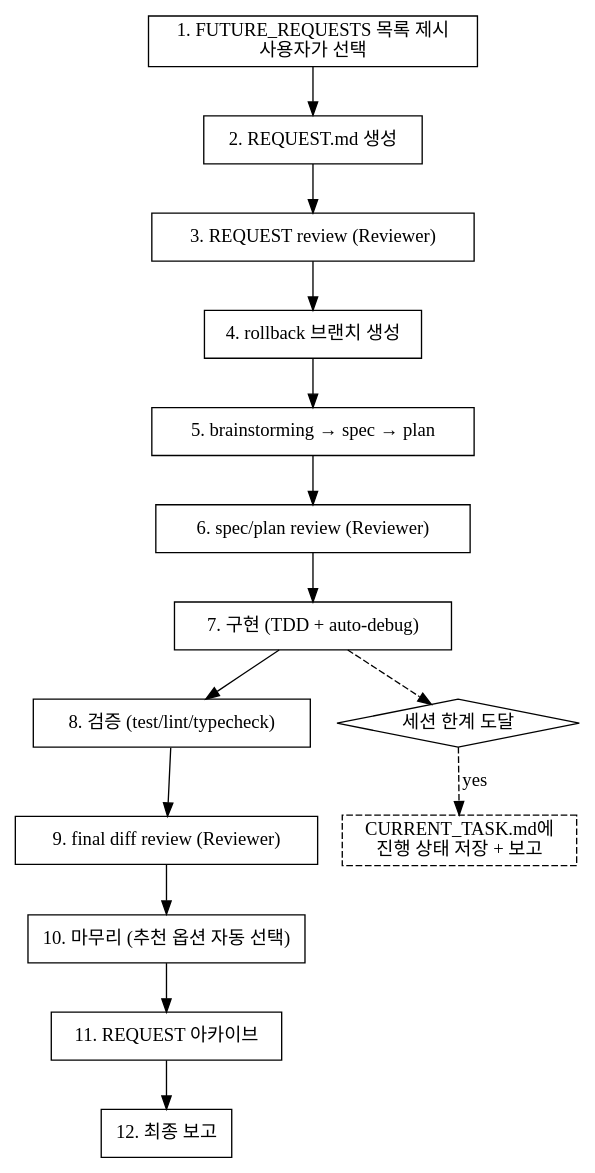
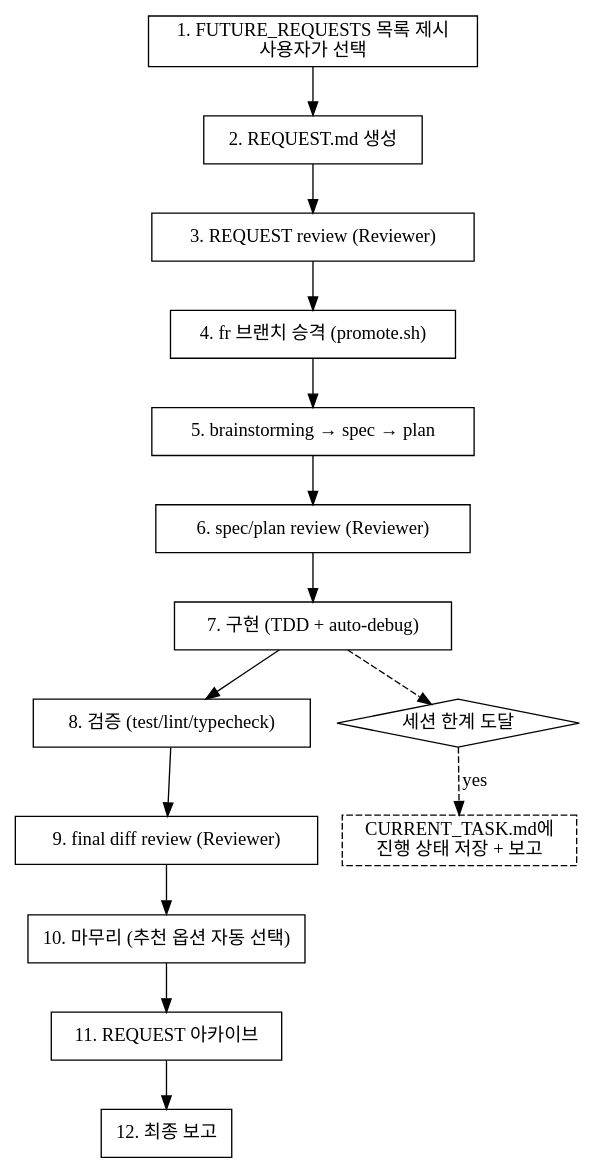
One commit to JuseongJee/review-driven-ai-workflow changed the diagram in rd-workflow/claude_skills/autopilot/SKILL.md. Above: the diagram before and after it, drawn with Graphviz. The commit also changed other lines of this file and 22 other files, not shown here.

````diff
--- a/rd-workflow/claude_skills/autopilot/SKILL.md
+++ b/rd-workflow/claude_skills/autopilot/SKILL.md
@@ -12,28 +12,28 @@
 ```dot
 digraph autopilot {
     rankdir=TB;
     node [shape=box];
 
     select [label="1. FUTURE_REQUESTS 목록 제시\n사용자가 선택"];
     request [label="2. REQUEST.md 생성"];
     request_review [label="3. REQUEST review (Reviewer)"];
-    branch [label="4. rollback 브랜치 생성"];
+    branch [label="4. fr 브랜치 승격 (promote.sh)"];
     design [label="5. brainstorming → spec → plan"];
     spec_review [label="6. spec/plan review (Reviewer)"];
     implement [label="7. 구현 (TDD + auto-debug)"];
     verify [label="8. 검증 (test/lint/typecheck)"];
     diff_review [label="9. final diff review (Reviewer)"];
     finish [label="10. 마무리 (추천 옵션 자동 선택)"];
     archive [label="11. REQUEST 아카이브"];
     report [label="12. 최종 보고"];
 
     select -> request -> request_review -> branch -> design -> spec_review;
     spec_review -> implement -> verify -> diff_review -> finish -> archive -> report;
 
     session_limit [label="세션 한계 도달" shape=diamond];
     save_state [label="CURRENT_TASK.md에\n진행 상태 저장 + 보고" shape=box style=dashed];
 
     implement -> session_limit [style=dashed];
     session_limit -> save_state [label="yes" style=dashed];
 }
 ```
````
